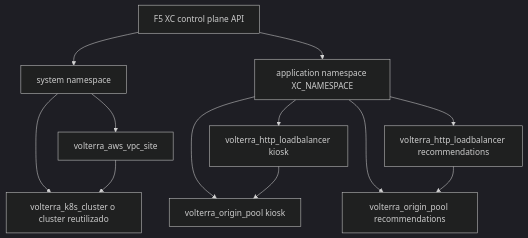
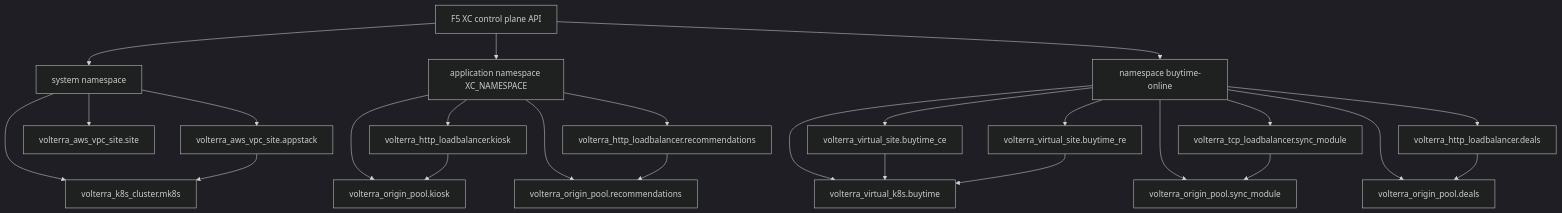
The fifth of 15 diagrams in descripcion.md (ocpdata/xcawsedgedemoguide), drawn with Mermaid (dark theme) before and after one commit. The commit also changed other lines of this file, not shown here.

Commit message:
docs: refine deploy topology diagrams

````diff
--- a/descripcion.md
+++ b/descripcion.md
@@ -232,18 +289,33 @@
 ```mermaid
 flowchart TD
     XCAPI[F5 XC control plane API]
     XCAPI --> SYS[system namespace]
     XCAPI --> APPNS[application namespace XC_NAMESPACE]
+    XCAPI --> ONNS[namespace buytime-online]
 
-    SYS --> Site[volterra_aws_vpc_site]
-    SYS --> MK8S[volterra_k8s_cluster o cluster reutilizado]
-    Site --> MK8S
+    SYS --> AppStack[volterra_aws_vpc_site.appstack]
+    SYS --> CESite[volterra_aws_vpc_site.site]
+    SYS --> MK8S[volterra_k8s_cluster.mk8s]
+    AppStack --> MK8S
 
-    APPNS --> KLB[volterra_http_loadbalancer kiosk]
-    APPNS --> RLB[volterra_http_loadbalancer recommendations]
-    APPNS --> KOP[volterra_origin_pool kiosk]
-    APPNS --> ROP[volterra_origin_pool recommendations]
+    APPNS --> KLB[volterra_http_loadbalancer.kiosk]
+    APPNS --> RLB[volterra_http_loadbalancer.recommendations]
+    APPNS --> KOP[volterra_origin_pool.kiosk]
+    APPNS --> ROP[volterra_origin_pool.recommendations]
 
     KLB --> KOP
     RLB --> ROP
+
+    ONNS --> VSCE[volterra_virtual_site.buytime_ce]
+    ONNS --> VSRE[volterra_virtual_site.buytime_re]
+    ONNS --> VK8S[volterra_virtual_k8s.buytime]
+    ONNS --> TLB[volterra_tcp_loadbalancer.sync_module]
+    ONNS --> SOP[volterra_origin_pool.sync_module]
+    ONNS --> DLB[volterra_http_loadbalancer.deals]
+    ONNS --> DOP[volterra_origin_pool.deals]
+
+    VSCE --> VK8S
+    VSRE --> VK8S
+    TLB --> SOP
+    DLB --> DOP
 ```
````
